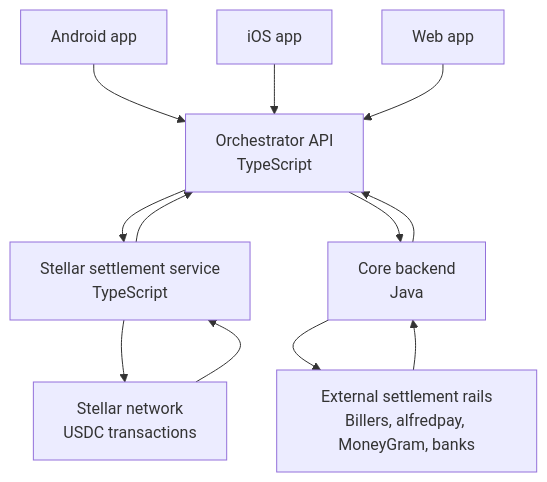
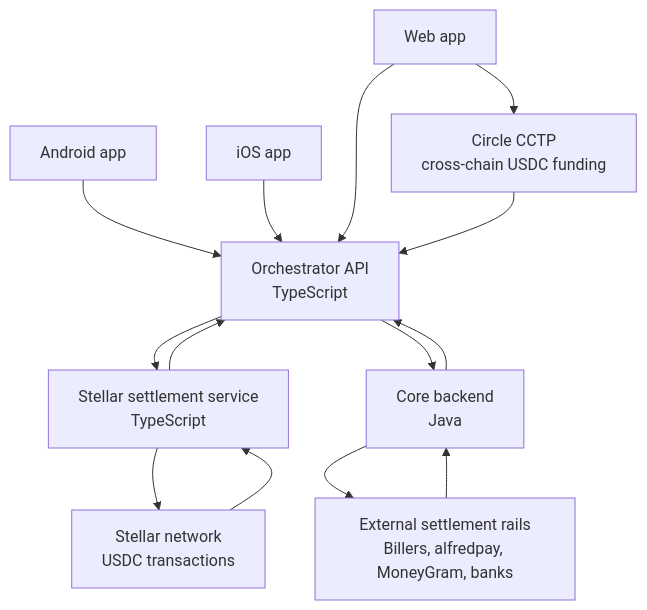
The diagram in README.md (unfodl/saldo_architecture), drawn with Mermaid before and after one commit. The commit also changed other lines of this file and 5 other files, not shown here.

Commit message:
Add Circle CCTP web wallet receive flow

````diff
--- a/README.md
+++ b/README.md
@@ -13,28 +15,31 @@
 ```mermaid
 flowchart TD
     android[Android app]
     ios[iOS app]
     web[Web app]
 
     orchestrator[Orchestrator API<br/>TypeScript]
     stellar[Stellar settlement service<br/>TypeScript]
     core[Core backend<br/>Java]
     rails[External settlement rails<br/>Billers, alfredpay, MoneyGram, banks]
+    cctp[Circle CCTP<br/>cross-chain USDC funding]
     stellarNet[Stellar network<br/>USDC transactions]
 
     android --> orchestrator
     ios --> orchestrator
     web --> orchestrator
 
     orchestrator --> stellar
     orchestrator --> core
+    web --> cctp
+    cctp --> orchestrator
 
     stellar --> stellarNet
     stellarNet --> stellar
 
     core --> rails
     rails --> core
 
     core --> orchestrator
     stellar --> orchestrator
 ```
````
